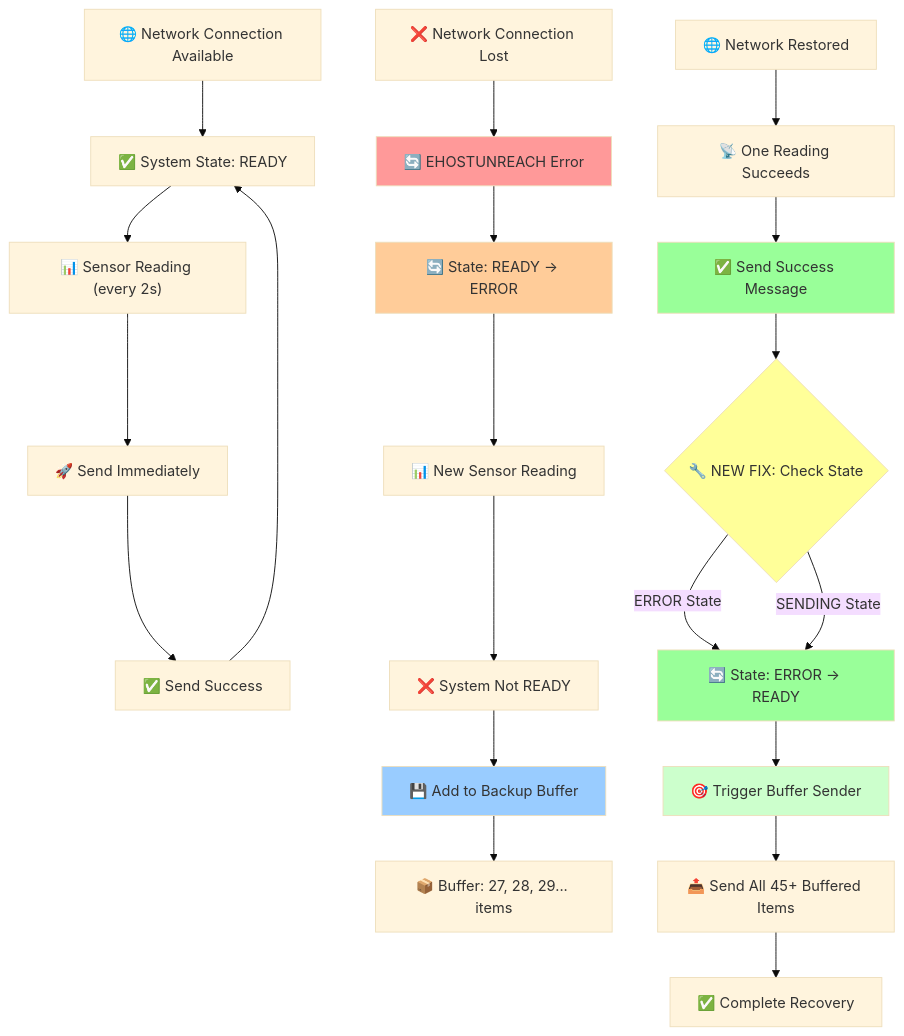
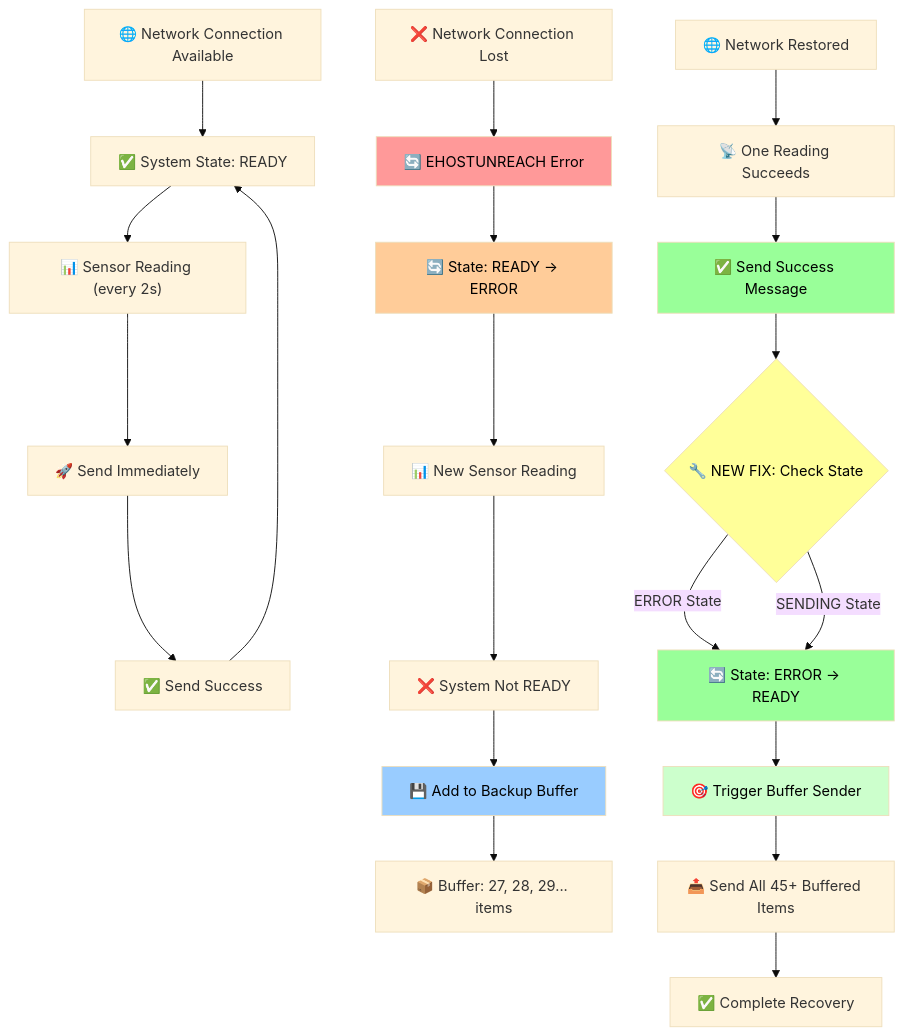
Before and after one commit to UnicornUniversity/project-team009: the second of 2 diagrams in flows_design_optimized.md, drawn with Mermaid (base theme). The commit also changed other lines of this file, not shown here.

````diff
--- a/flows_design_optimized.md
+++ b/flows_design_optimized.md
@@ -48,32 +48,32 @@
 ```mermaid
 graph TD
     A["🌐 Network Connection Available"] --> B["✅ System State: READY"]
     B --> C["📊 Sensor Reading (every 2s)"]
     C --> D["🚀 Send Immediately"]
     D --> E["✅ Send Success"]
     E --> B
     
     F["❌ Network Connection Lost"] --> G["🔄 EHOSTUNREACH Error"]
     G --> H["🔄 State: READY → ERROR"]
     H --> I["📊 New Sensor Reading"]
     I --> J["❌ System Not READY"]
     J --> K["💾 Add to Backup Buffer"]
     K --> L["📦 Buffer: 27, 28, 29... items"]
     
     M["🌐 Network Restored"] --> N["📡 One Reading Succeeds"]
     N --> O["✅ Send Success Message"]
     O --> P{"🔧 NEW FIX: Check State"}
     P -->|ERROR State| Q["🔄 State: ERROR → READY"]
     P -->|SENDING State| Q
     Q --> R["🎯 Trigger Buffer Sender"]
     R --> S["📤 Send All 45+ Buffered Items"]
     S --> T["✅ Complete Recovery"]
     
-    style G fill:#ff9999
-    style H fill:#ffcc99
-    style K fill:#99ccff
-    style O fill:#99ff99
-    style Q fill:#99ff99
-    style P fill:#ffff99
-    style R fill:#ccffcc
+    style G fill:#ff9999,color:#000000
+    style H fill:#ffcc99,color:#000000
+    style K fill:#99ccff,color:#000000
+    style O fill:#99ff99,color:#000000
+    style Q fill:#99ff99,color:#000000
+    style P fill:#ffff99,color:#000000
+    style R fill:#ccffcc,color:#000000
 ```
````
